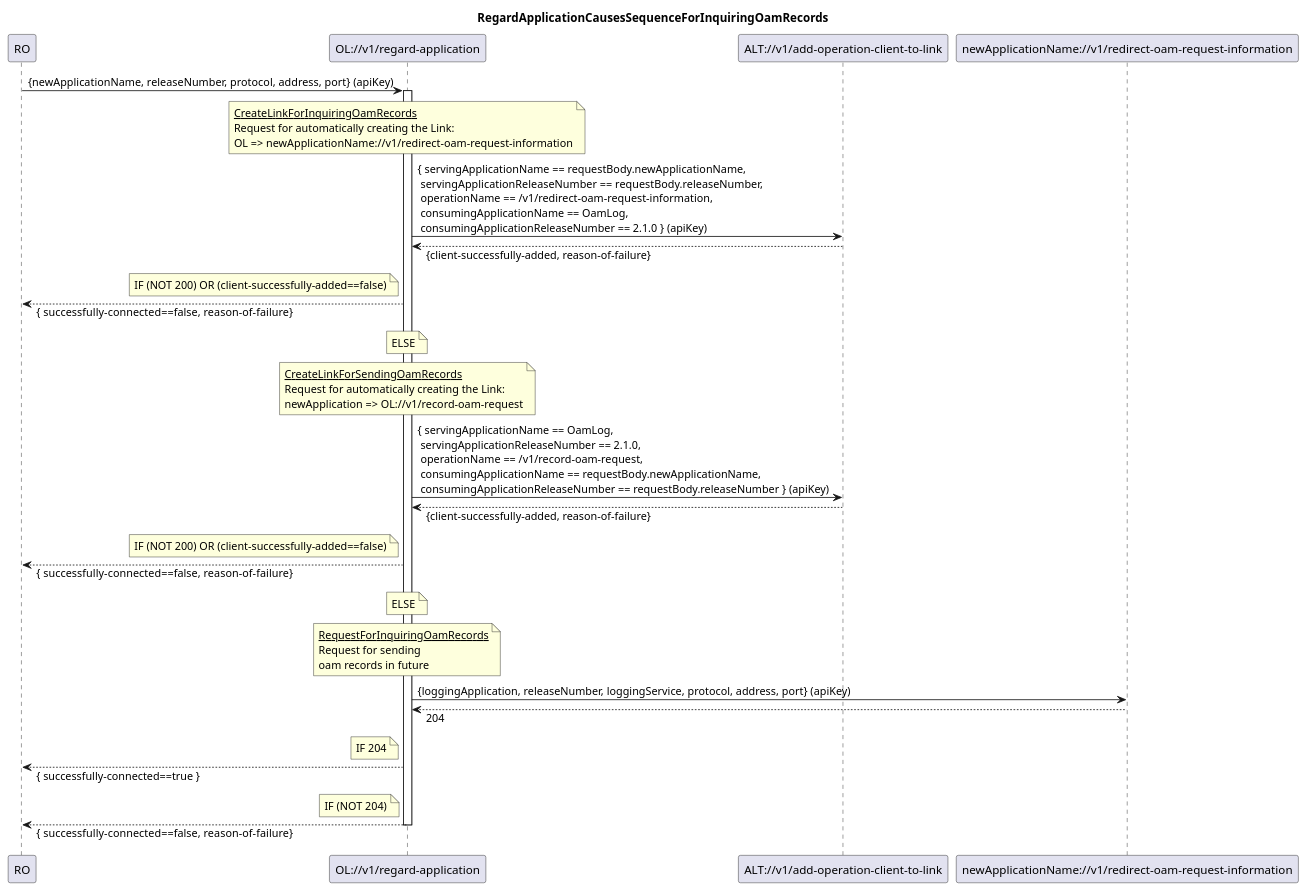
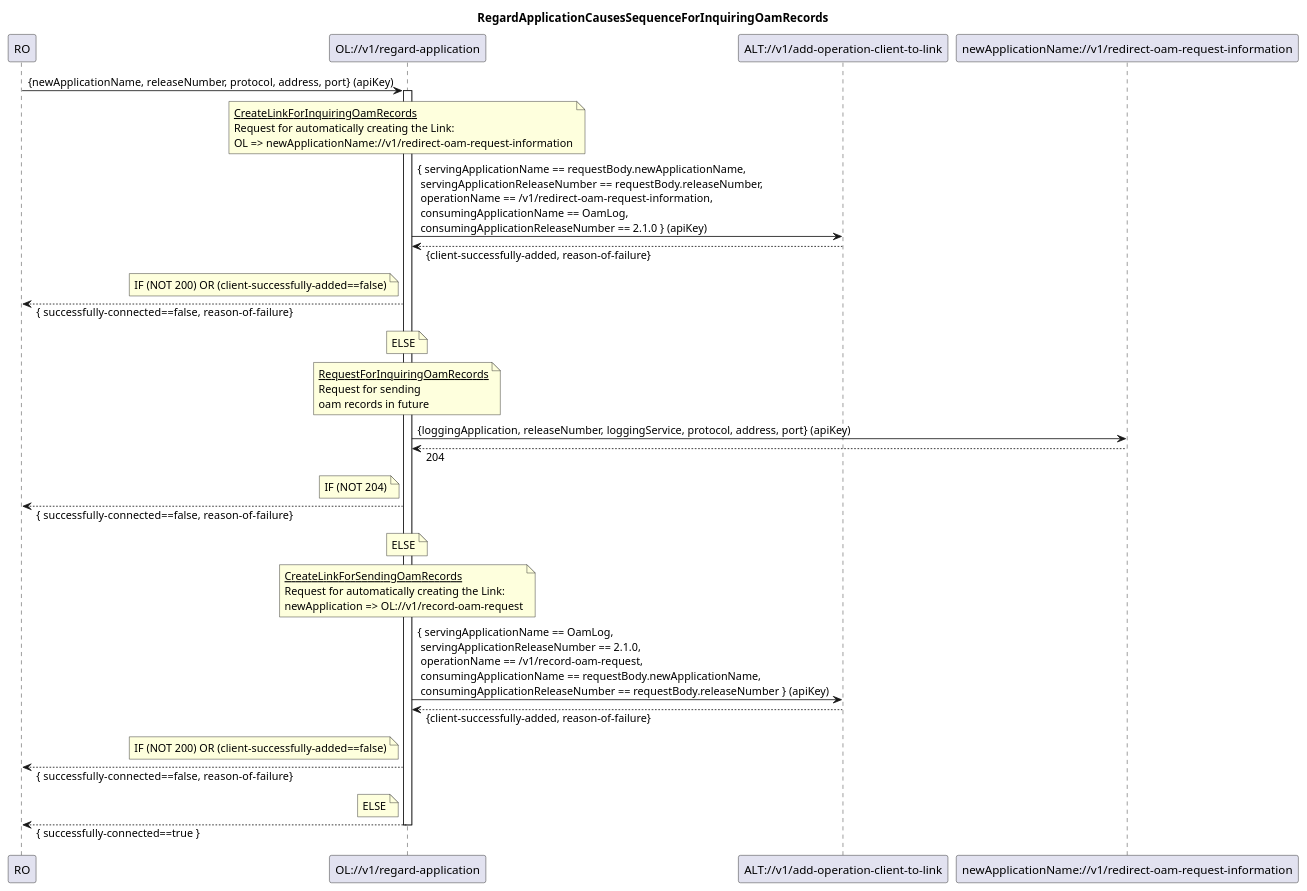
One commit to openBackhaul/OamLog changed the diagram in spec/diagrams/is001_regardApplicationCausesInquiringOamRecords.plantuml. Above: the diagram before and after it, drawn with PlantUML. The commit also changed 3 other files, not shown here.

```diff
--- a/spec/diagrams/is001_regardApplicationCausesInquiringOamRecords.plantuml
+++ b/spec/diagrams/is001_regardApplicationCausesInquiringOamRecords.plantuml
@@ -1,70 +1,70 @@
 @startuml is001_regardApplicationCausesInquiringOamRecordsoam
 skinparam responseMessageBelowArrow true
 
 title
 RegardApplicationCausesSequenceForInquiringOamRecords
 end title
 
 participant "RO" as ro
 participant "OL://v1/regard-application" as ol
 participant "ALT://v1/add-operation-client-to-link" as alt
 participant "newApplicationName://v1/redirect-oam-request-information" as newApplicationFuture
 
 ro -> ol : {newApplicationName, releaseNumber, protocol, address, port} (apiKey)
 activate ol
 
 note over ol
 <u>CreateLinkForInquiringOamRecords</u>
 Request for automatically creating the Link:
 OL => newApplicationName://v1/redirect-oam-request-information
 end note
 ol -> alt : { servingApplicationName == requestBody.newApplicationName,\n servingApplicationReleaseNumber == requestBody.releaseNumber,\n operationName == /v1/redirect-oam-request-information,\n consumingApplicationName == OamLog,\n consumingApplicationReleaseNumber == 2.1.0 } (apiKey)
 ol <-- alt : {client-successfully-added, reason-of-failure}
 
 note left ol
 IF (NOT 200) OR (client-successfully-added==false)
 end note
 ro <-- ol : { successfully-connected==false,  reason-of-failure}
 
 note over ol
 ELSE
 end note
 
 note over ol
+<u>RequestForInquiringOamRecords</u>
+Request for sending
+oam records in future
+end note
+ol -> newApplicationFuture : {loggingApplication, releaseNumber, loggingService, protocol, address, port} (apiKey)
+ol <-- newApplicationFuture : 204
+
+note left ol
+IF (NOT 204)
+end note
+ro <-- ol : { successfully-connected==false,  reason-of-failure}
+
+note over ol
+ELSE
+end note
+
+note over ol
 <u>CreateLinkForSendingOamRecords</u>
 Request for automatically creating the Link:
 newApplication => OL://v1/record-oam-request
 end note
 ol -> alt : { servingApplicationName == OamLog,\n servingApplicationReleaseNumber == 2.1.0,\n operationName == /v1/record-oam-request,\n consumingApplicationName == requestBody.newApplicationName,\n consumingApplicationReleaseNumber == requestBody.releaseNumber } (apiKey)
 ol <-- alt : {client-successfully-added, reason-of-failure}
 
 note left ol
 IF (NOT 200) OR (client-successfully-added==false)
 end note
 ro <-- ol : { successfully-connected==false,  reason-of-failure}
 
-note over ol
+note left ol
 ELSE
 end note
-
-note over ol
-<u>RequestForInquiringOamRecords</u>
-Request for sending
-oam records in future
-end note
-ol -> newApplicationFuture : {loggingApplication, releaseNumber, loggingService, protocol, address, port} (apiKey)
-ol <-- newApplicationFuture : 204
-
-note left ol
-IF 204
-end note
 ro <-- ol : { successfully-connected==true }
-
-note left ol
-IF (NOT 204)
-end note
-ro <-- ol : { successfully-connected==false,  reason-of-failure}
 
 deactivate ol
 
 @enduml
```
